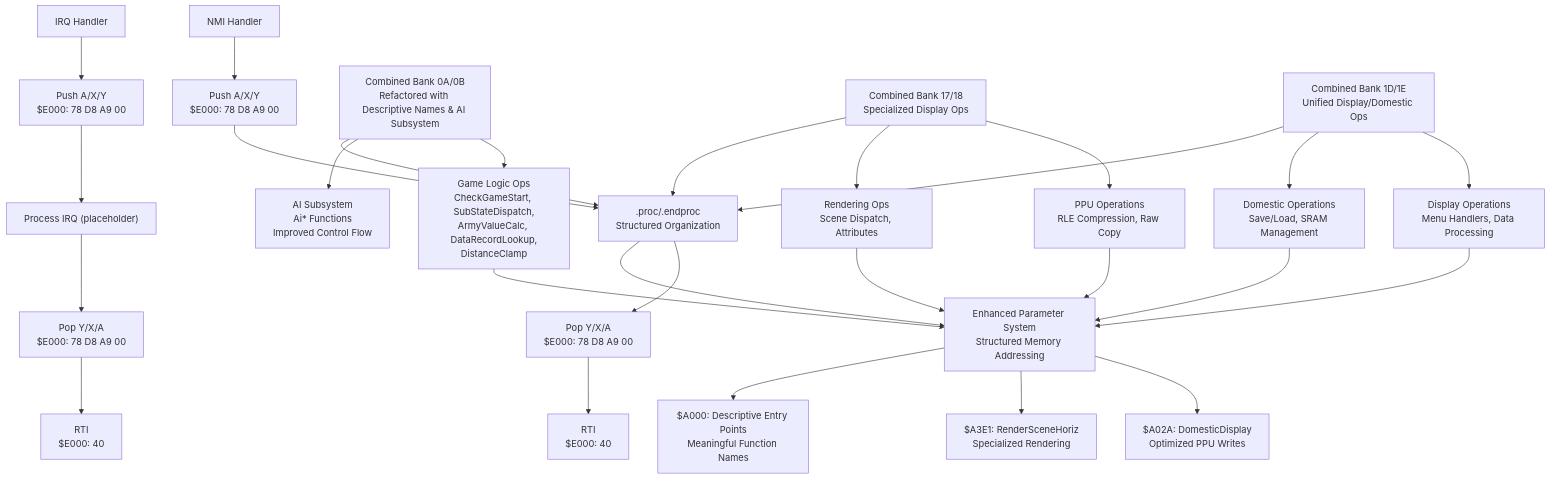
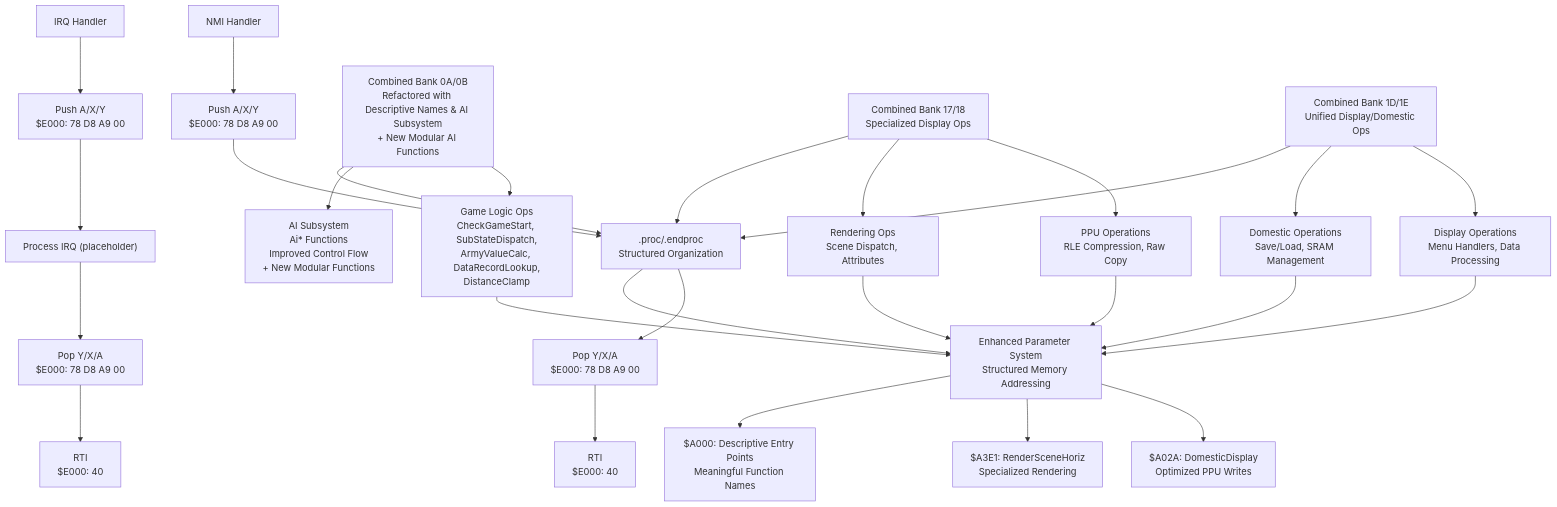
Before and after one commit to rabbyzero/sango2dasm: diagram 11 of 17 in .qoder/repowiki/en/content/Assembly Architecture/Assembly Architecture.md, drawn with Mermaid. The commit also changed other lines of this file and 7 other files, not shown here.

````diff
--- a/.qoder/repowiki/en/content/Assembly Architecture/Assembly Architecture.md
+++ b/.qoder/repowiki/en/content/Assembly Architecture/Assembly Architecture.md
@@ -748,30 +791,30 @@
 ```mermaid
 flowchart TD
 NMI["NMI Handler"] --> SAVE["Push A/X/Y<br/>$E000: 78 D8 A9 00"]
 SAVE --> PROC["Process NMI (placeholder)"]
 PROC --> RESTORE["Pop Y/X/A<br/>$E000: 78 D8 A9 00"]
 RESTORE --> RTI["RTI<br/>$E000: 40"]
 IRQ["IRQ Handler"] --> SAVE2["Push A/X/Y<br/>$E000: 78 D8 A9 00"]
 SAVE2 --> PROC2["Process IRQ (placeholder)"]
 PROC2 --> RESTORE2["Pop Y/X/A<br/>$E000: 78 D8 A9 00"]
 RESTORE2 --> RTI2["RTI<br/>$E000: 40"]
-COMBINED0A_0B["Combined Bank 0A/0B<br/>Refactored with Descriptive Names & AI Subsystem"] --> GAMELOGIC["Game Logic Ops<br/>CheckGameStart, SubStateDispatch,<br/>ArmyValueCalc, DataRecordLookup,<br/>DistanceClamp"]
-COMBINED0A_0B --> AI_SUBSYSTEM["AI Subsystem<br/>Ai* Functions<br/>Improved Control Flow"]
+COMBINED0A_0B["Combined Bank 0A/0B<br/>Refactored with Descriptive Names & AI Subsystem<br/>+ New Modular AI Functions"] --> GAMELOGIC["Game Logic Ops<br/>CheckGameStart, SubStateDispatch,<br/>ArmyValueCalc, DataRecordLookup,<br/>DistanceClamp"]
+COMBINED0A_0B --> AI_SUBSYSTEM["AI Subsystem<br/>Ai* Functions<br/>Improved Control Flow<br/>+ New Modular Functions"]
 COMBINED17_18["Combined Bank 17/18<br/>Specialized Display Ops"] --> PPUOPS["PPU Operations<br/>RLE Compression, Raw Copy"]
 COMBINED17_18 --> RENDEROPS["Rendering Ops<br/>Scene Dispatch, Attributes"]
 COMBINED1D_1E["Combined Bank 1D/1E<br/>Unified Display/Domestic Ops"] --> DISPLAYOPS["Display Operations<br/>Menu Handlers, Data Processing"]
 COMBINED1D_1E --> DOMESTICOPS["Domestic Operations<br/>Save/Load, SRAM Management"]
 COMBINED0A_0B --> PROC[".proc/.endproc<br/>Structured Organization"]
 COMBINED17_18 --> PROC
 COMBINED1D_1E --> PROC
 PARAMSYS["Enhanced Parameter System<br/>Structured Memory Addressing"]
 GAMELOGIC --> PARAMSYS
 PPUOPS --> PARAMSYS
 RENDEROPS --> PARAMSYS
 DISPLAYOPS --> PARAMSYS
 DOMESTICOPS --> PARAMSYS
 PROC --> PARAMSYS
 PARAMSYS --> OPTIMIZED["$A02A: DomesticDisplay<br/>Optimized PPU Writes"]
 PARAMSYS --> SPECIALIZED["$A3E1: RenderSceneHoriz<br/>Specialized Rendering"]
 PARAMSYS --> UNIFIED["$A000: Descriptive Entry Points<br/>Meaningful Function Names"]
 ```
````
